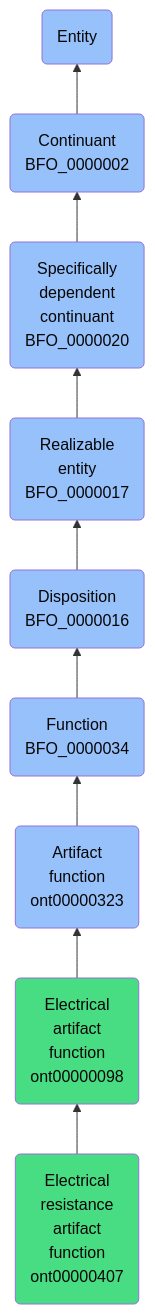
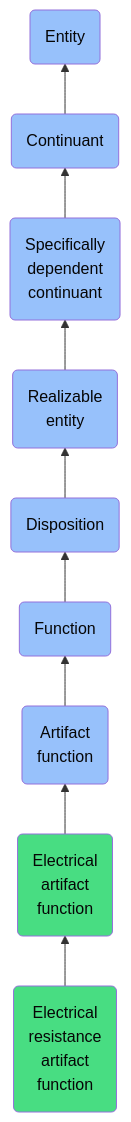
One commit to jupyter-naas/abi changed the diagram in docs/ontology/reference/model/Entity/Continuant/Specifically dependent continuant/Realizable entity/Disposition/Function/Artifact function/Electrical artifact function/Electrical resistance artifact function/Electrical resistance artifact function.md. Above: the diagram before and after it, drawn with Mermaid. The commit also changed other lines of this file and 1430 other files, not shown here.

````diff
--- a/docs/ontology/reference/model/Entity/Continuant/Specifically dependent continuant/Realizable entity/Disposition/Function/Artifact function/Electrical artifact function/Electrical resistance artifact function/Electrical resistance artifact function.md
+++ b/docs/ontology/reference/model/Entity/Continuant/Specifically dependent continuant/Realizable entity/Disposition/Function/Artifact function/Electrical artifact function/Electrical resistance artifact function/Electrical resistance artifact function.md
@@ -24,16 +24,16 @@
 ```mermaid
 graph BT
-    ont00000407(Electrical<br>resistance<br>artifact<br>function<br>ont00000407):::ABI-->ont00000098
-    ont00000098(Electrical<br>artifact<br>function<br>ont00000098):::ABI-->ont00000323
-    ont00000323(Artifact<br>function<br>ont00000323):::BFO-->BFO_0000034
-    BFO_0000034(Function<br>BFO_0000034):::BFO-->BFO_0000016
-    BFO_0000016(Disposition<br>BFO_0000016):::BFO-->BFO_0000017
-    BFO_0000017(Realizable<br>entity<br>BFO_0000017):::BFO-->BFO_0000020
-    BFO_0000020(Specifically<br>dependent<br>continuant<br>BFO_0000020):::BFO-->BFO_0000002
-    BFO_0000002(Continuant<br>BFO_0000002):::BFO-->BFO_0000001
+    ont00000407(Electrical<br>resistance<br>artifact<br>function):::ABI-->ont00000098
+    ont00000098(Electrical<br>artifact<br>function):::ABI-->ont00000323
+    ont00000323(Artifact<br>function):::BFO-->BFO_0000034
+    BFO_0000034(Function):::BFO-->BFO_0000016
+    BFO_0000016(Disposition):::BFO-->BFO_0000017
+    BFO_0000017(Realizable<br>entity):::BFO-->BFO_0000020
+    BFO_0000020(Specifically<br>dependent<br>continuant):::BFO-->BFO_0000002
+    BFO_0000002(Continuant):::BFO-->BFO_0000001
     BFO_0000001(Entity):::BFO
     
     classDef BFO fill:#97c1fb,color:#060606
     classDef CCO fill:#e4c51e,color:#060606
     classDef ABI fill:#48DD82,color:#060606
 ```
````
